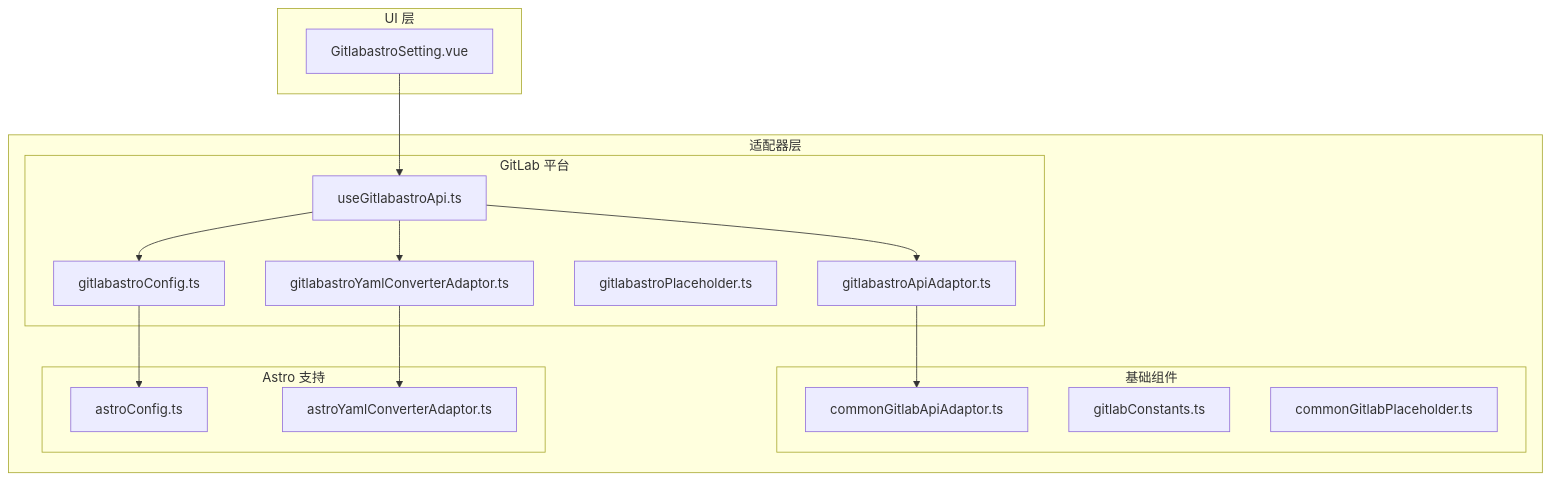
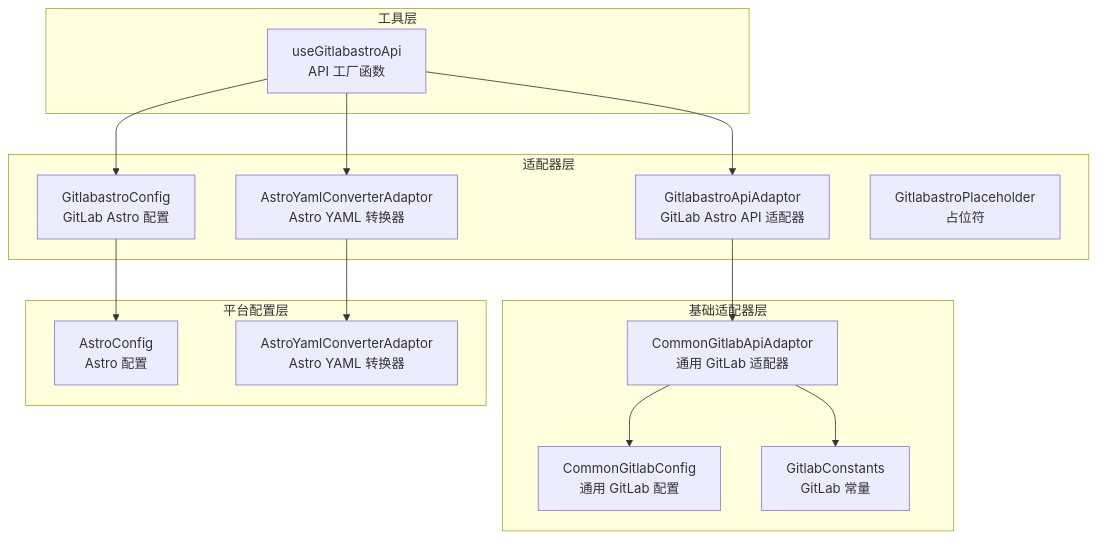
Before and after one commit to terwer/siyuan-plugin-publisher: the first of 8 diagrams in .qoder/repowiki/zh/content/平台适配器系统/静态站点适配器/GitLab Astro 平台适配器.md, drawn with Mermaid. The commit also changed other lines of this file and 14 other files, not shown here.

````diff
--- a/.qoder/repowiki/zh/content/平台适配器系统/静态站点适配器/GitLab Astro 平台适配器.md
+++ b/.qoder/repowiki/zh/content/平台适配器系统/静态站点适配器/GitLab Astro 平台适配器.md
@@ -42,31 +43,29 @@
 ```mermaid
 graph TB
 subgraph "适配器层"
-subgraph "GitLab 平台"
-GA[gitlabastroApiAdaptor.ts]
-GC[gitlabastroConfig.ts]
-GP[gitlabastroPlaceholder.ts]
-GY[gitlabastroYamlConverterAdaptor.ts]
-GU[useGitlabastroApi.ts]
+GA[GitlabastroApiAdaptor<br/>GitLab Astro API 适配器]
+GY[AstroYamlConverterAdaptor<br/>Astro YAML 转换器]
+GC[GitlabastroConfig<br/>GitLab Astro 配置]
+GP[GitlabastroPlaceholder<br/>占位符]
 end
-subgraph "基础组件"
-CG[commonGitlabApiAdaptor.ts]
-CC[gitlabConstants.ts]
-CP[commonGitlabPlaceholder.ts]
+subgraph "基础适配器层"
+CGA[CommonGitlabApiAdaptor<br/>通用 GitLab 适配器]
+CGC[CommonGitlabConfig<br/>通用 GitLab 配置]
+GCA[GitlabConstants<br/>GitLab 常量]
 end
-subgraph "Astro 支持"
-AC[astroConfig.ts]
-AY[astroYamlConverterAdaptor.ts]
+subgraph "平台配置层"
+AC[AstroConfig<br/>Astro 配置]
+AYA[AstroYamlConverterAdaptor<br/>Astro YAML 转换器]
 end
+subgraph "工具层"
+UGA[useGitlabastroApi<br/>API 工厂函数]
 end
-subgraph "UI 层"
-GS[GitlabastroSetting.vue]
-end
-GA --> CG
+GA --> CGA
+GY --> AYA
 GC --> AC
-GY --> AY
-GU --> GA
-GU --> GC
-GU --> GY
-GS --> GU
+CGA --> CGC
+CGA --> GCA
+UGA --> GA
+UGA --> GC
+UGA --> GY
 ```
````
